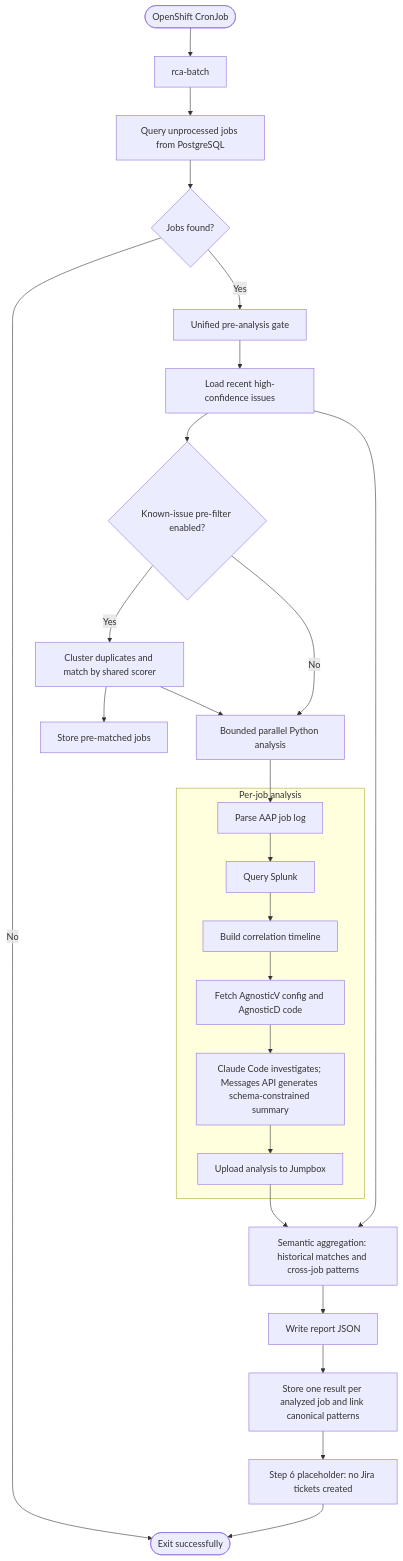
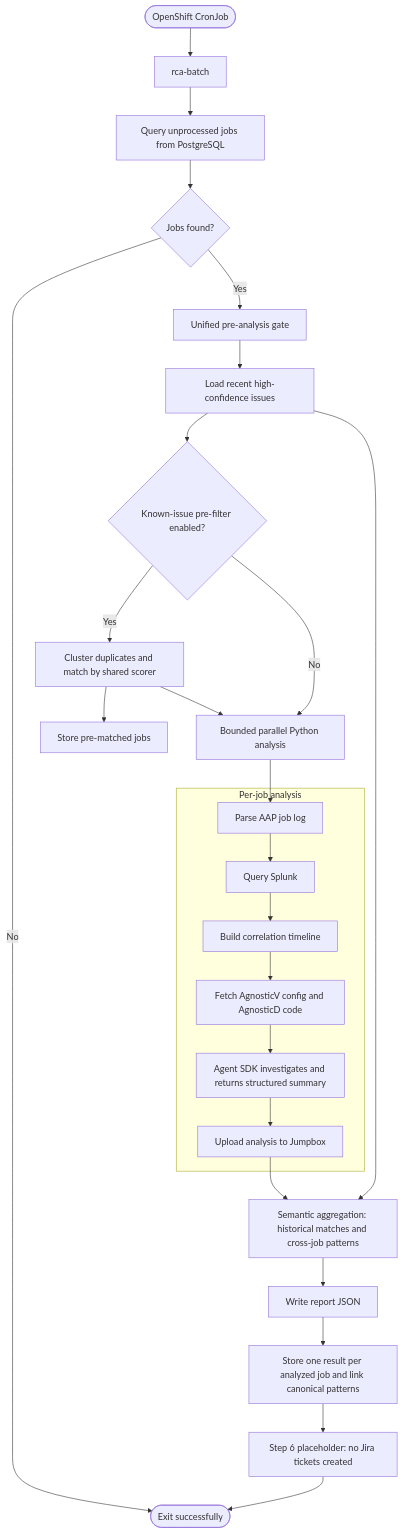
Before and after one commit to jerry-ng2/aap2-rca-agent: the diagram in README.md, drawn with Mermaid. The commit also changed other lines of this file and 32 other files, not shown here.

Commit message:
refactor: generate RCA structured output schemas from Pydantic

````diff
--- a/README.md
+++ b/README.md
@@ -10,30 +10,30 @@
 ```mermaid
 flowchart TD
     Start([OpenShift CronJob]) --> Runner[rca-batch]
     Runner --> Query[Query unprocessed jobs from PostgreSQL]
     Query --> AnyJobs{Jobs found?}
     AnyJobs -- No --> Done([Exit successfully])
     AnyJobs -- Yes --> Gate[Unified pre-analysis gate]
     Gate --> Known[Load recent high-confidence issues]
     Known --> Filter{Known-issue pre-filter enabled?}
     Filter -- Yes --> Prefilter[Cluster duplicates and match by shared scorer]
     Filter -- No --> Analysis
     Prefilter --> Matched[Store pre-matched jobs]
     Prefilter --> Analysis[Bounded parallel Python analysis]
     subgraph PerJob[Per-job analysis]
       Parse[Parse AAP job log]
       Splunk[Query Splunk]
       Correlation[Build correlation timeline]
       GitHub[Fetch AgnosticV config and AgnosticD code]
-      Synthesis[Claude Code investigates; Messages API generates schema-constrained summary]
+      Synthesis[Agent SDK investigates and returns structured summary]
       Upload[Upload analysis to Jumpbox]
       Parse --> Splunk --> Correlation --> GitHub --> Synthesis --> Upload
     end
     Analysis --> Parse
     Upload --> Aggregate[Semantic aggregation: historical matches and cross-job patterns]
     Known --> Aggregate
     Aggregate --> Write[Write report JSON]
     Write --> Store[Store one result per analyzed job and link canonical patterns]
     Store --> Jira[Step 6 placeholder: no Jira tickets created]
     Jira --> Done
 ```
````
